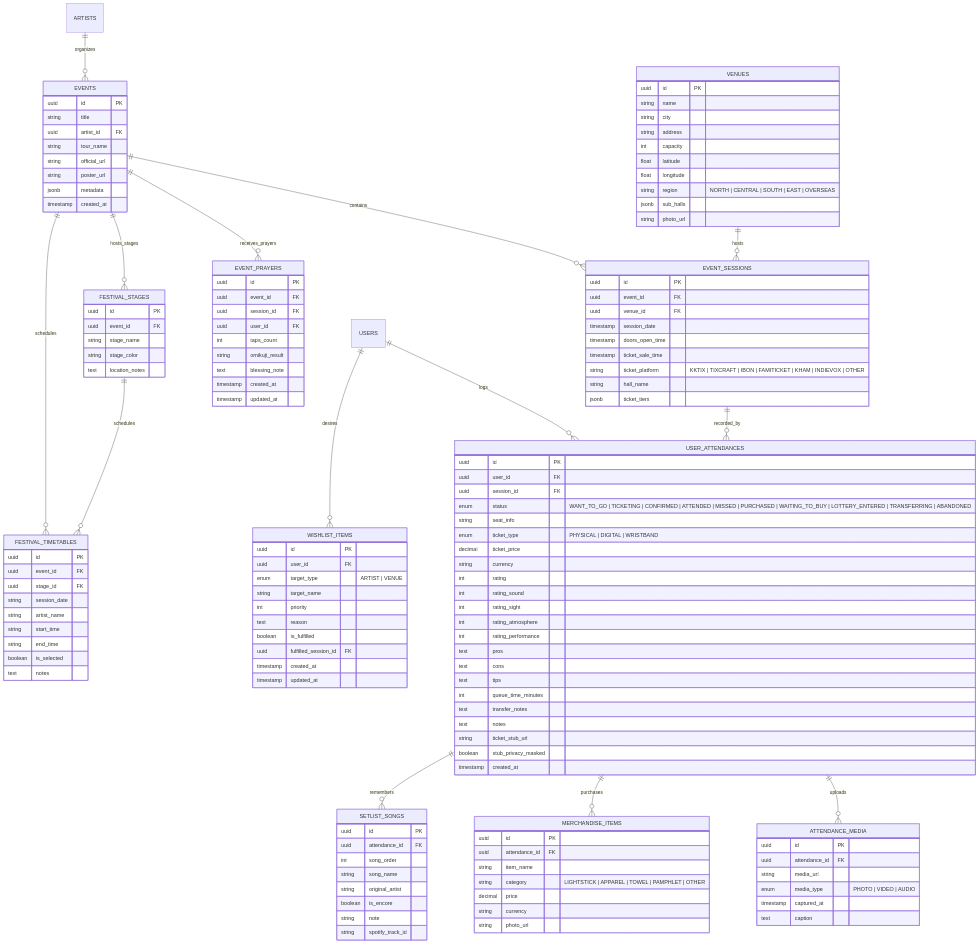
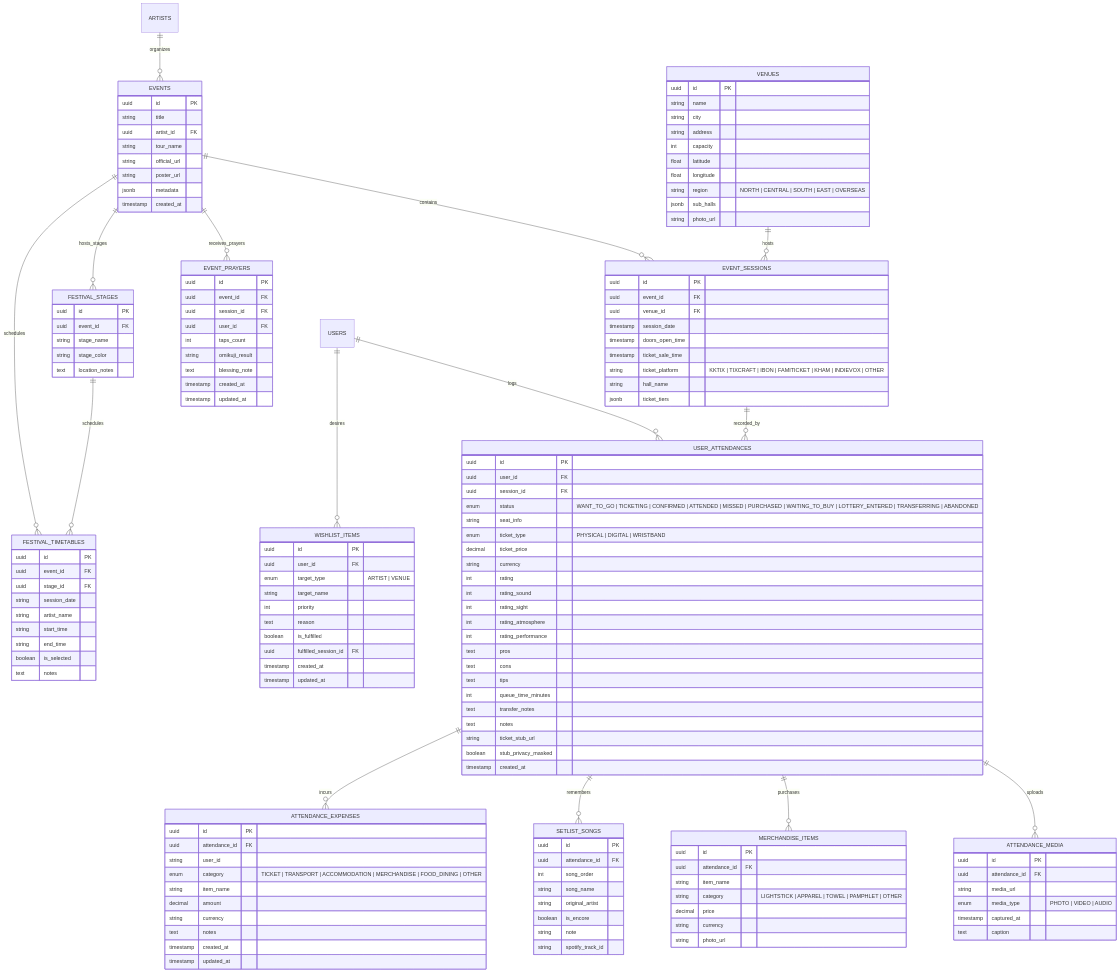
The diagram in ARCHITECTURE.md (saijo0404/stubbook), drawn with Mermaid before and after one commit. The commit also changed other lines of this file and 12 other files, not shown here.

````diff
--- a/ARCHITECTURE.md
+++ b/ARCHITECTURE.md
@@ -103,6 +103,7 @@
     USER_ATTENDANCES ||--o{ ATTENDANCE_MEDIA : uploads
     USER_ATTENDANCES ||--o{ MERCHANDISE_ITEMS : purchases
     USER_ATTENDANCES ||--o{ SETLIST_SONGS : remembers
+    USER_ATTENDANCES ||--o{ ATTENDANCE_EXPENSES : incurs
 
     VENUES {
         uuid id PK
@@ -239,4 +240,17 @@
         timestamp created_at
         timestamp updated_at
     }
+
+    ATTENDANCE_EXPENSES {
+        uuid id PK
+        uuid attendance_id FK
+        string user_id
+        enum category "TICKET | TRANSPORT | ACCOMMODATION | MERCHANDISE | FOOD_DINING | OTHER"
+        string item_name
+        decimal amount
+        string currency
+        text notes
+        timestamp created_at
+        timestamp updated_at
+    }
 ```
````
